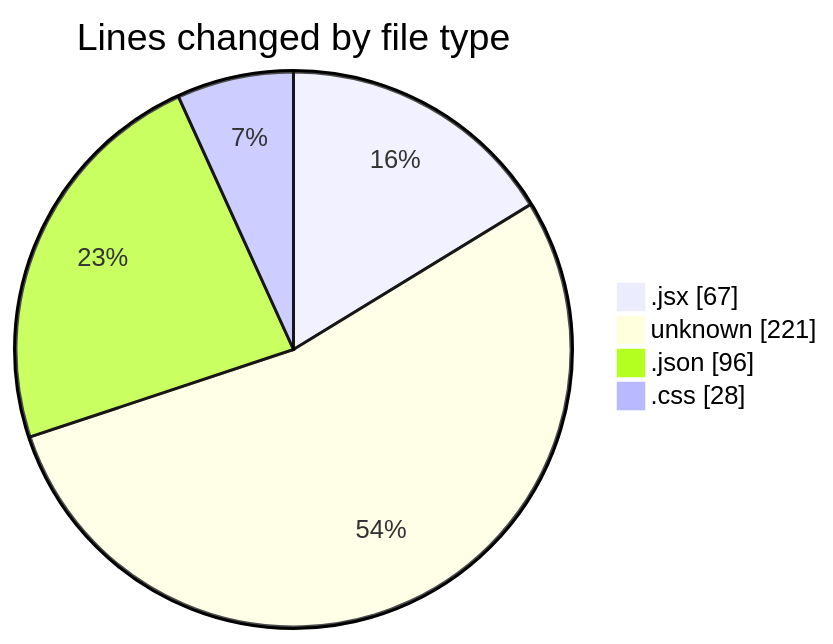
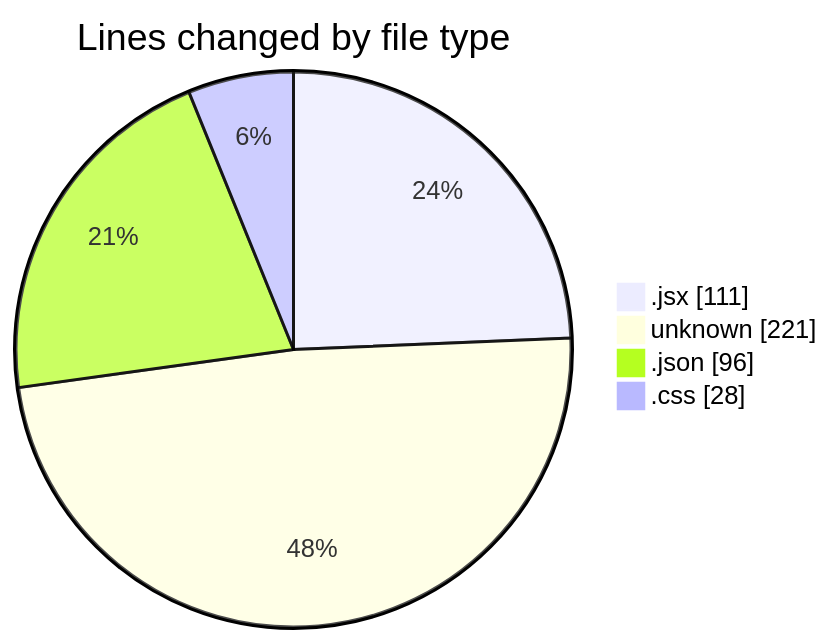
Before and after one commit to Elitesun/code-tracking: the first of 2 diagrams in 2025-02-05/react_ecom/README.md, drawn with Mermaid. The commit also changed other lines of this file and 1 other file, not shown here.

````diff
--- a/2025-02-05/react_ecom/README.md
+++ b/2025-02-05/react_ecom/README.md
@@ -28,8 +28,8 @@
 ```mermaid
 pie showData
 title Lines changed by file type
-".jsx" : 67
+".jsx" : 111
 "unknown" : 221
 ".json" : 96
 ".css" : 28
 ```
````
